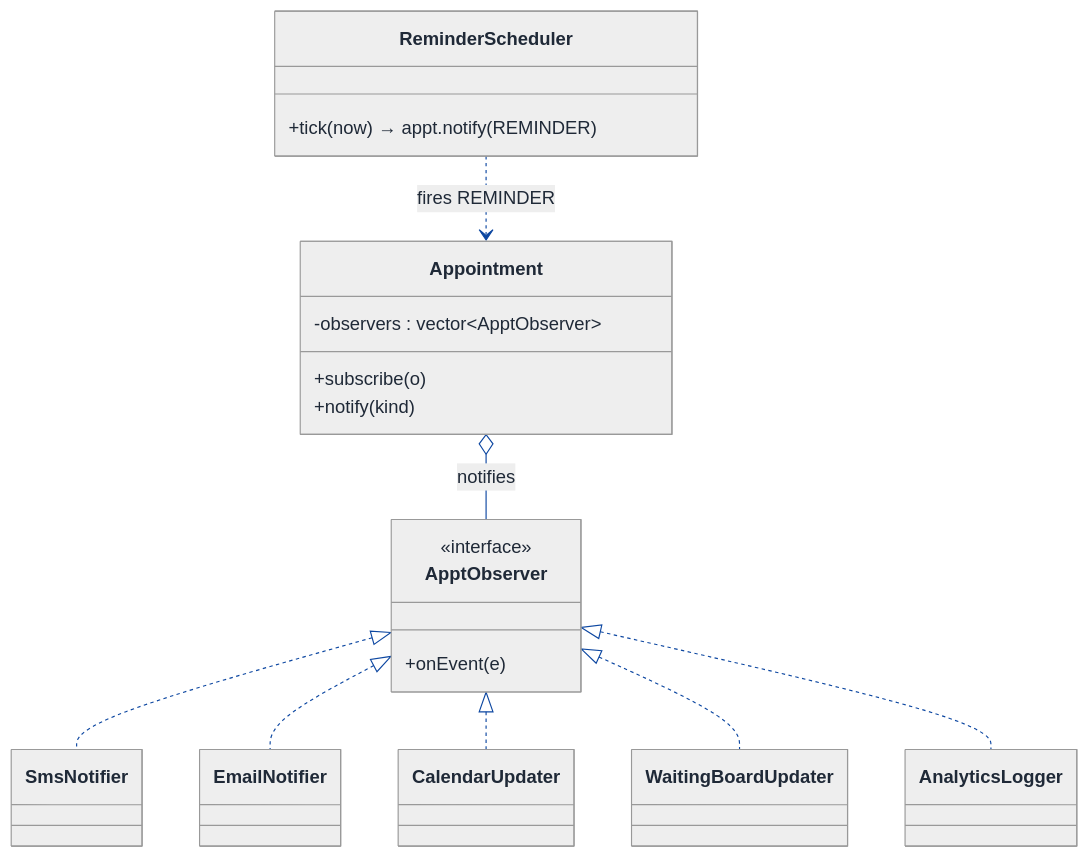
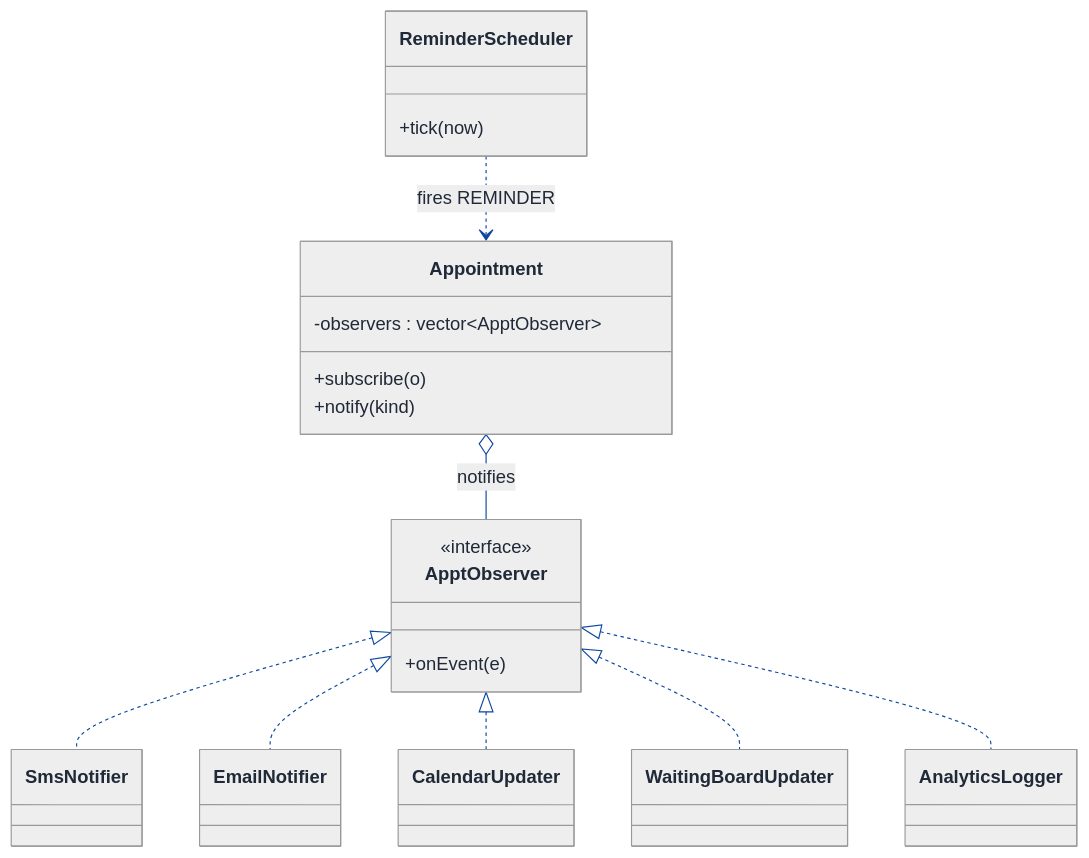
The sixth of 8 diagrams in LLD/Topics/Object_Oriented_Design/Healthcare_Appointment_Scheduling.md (Prateek-5/question-bank), drawn with Mermaid before and after one commit. The commit also changed other lines of this file and 61 other files, not shown here.

First line of the commit message:
Fix invalid mermaid classDiagram member syntax across LLD walkthroughs

````diff
--- a/LLD/Topics/Object_Oriented_Design/Healthcare_Appointment_Scheduling.md
+++ b/LLD/Topics/Object_Oriented_Design/Healthcare_Appointment_Scheduling.md
@@ -885,60 +883,60 @@
 ```mermaid
 ---
 config:
   theme: neutral
   themeVariables:
     background: '#ffffff'
     primaryColor: '#cfe2ff'
     primaryTextColor: '#1f2937'
     primaryBorderColor: '#084298'
     secondaryColor: '#fff3cd'
     secondaryTextColor: '#1f2937'
     secondaryBorderColor: '#664d03'
     tertiaryColor: '#d1e7dd'
     tertiaryTextColor: '#1f2937'
     tertiaryBorderColor: '#0a3622'
     lineColor: '#0d47a1'
     textColor: '#1f2937'
     noteBkgColor: '#fff3cd'
     noteTextColor: '#1f2937'
     noteBorderColor: '#997404'
     actorBkg: '#cfe2ff'
     actorBorder: '#084298'
     actorTextColor: '#1f2937'
     signalColor: '#0d47a1'
     signalTextColor: '#1f2937'
     labelBoxBkgColor: '#ffffff'
     labelBoxBorderColor: '#d3d3d3'
     labelTextColor: '#1f2937'
     edgeLabelBackground: '#ffffff'
     labelBackground: '#ffffff'
     classText: '#1f2937'
     fontFamily: 'system-ui, -apple-system, Segoe UI, Helvetica, Arial, sans-serif'
 ---
 classDiagram
   direction TB
   class Appointment {
     -observers : vector~ApptObserver~
     +subscribe(o)
     +notify(kind)
   }
   class ApptObserver {
     <<interface>>
     +onEvent(e)
   }
   class ReminderScheduler {
-    +tick(now) → appt.notify(REMINDER)
+    +tick(now)
   }
   class SmsNotifier
   class EmailNotifier
   class CalendarUpdater
   class WaitingBoardUpdater
   class AnalyticsLogger
   Appointment o-- ApptObserver : notifies
   ApptObserver <|.. SmsNotifier
   ApptObserver <|.. EmailNotifier
   ApptObserver <|.. CalendarUpdater
   ApptObserver <|.. WaitingBoardUpdater
   ApptObserver <|.. AnalyticsLogger
   ReminderScheduler ..> Appointment : fires REMINDER
 ```
````
